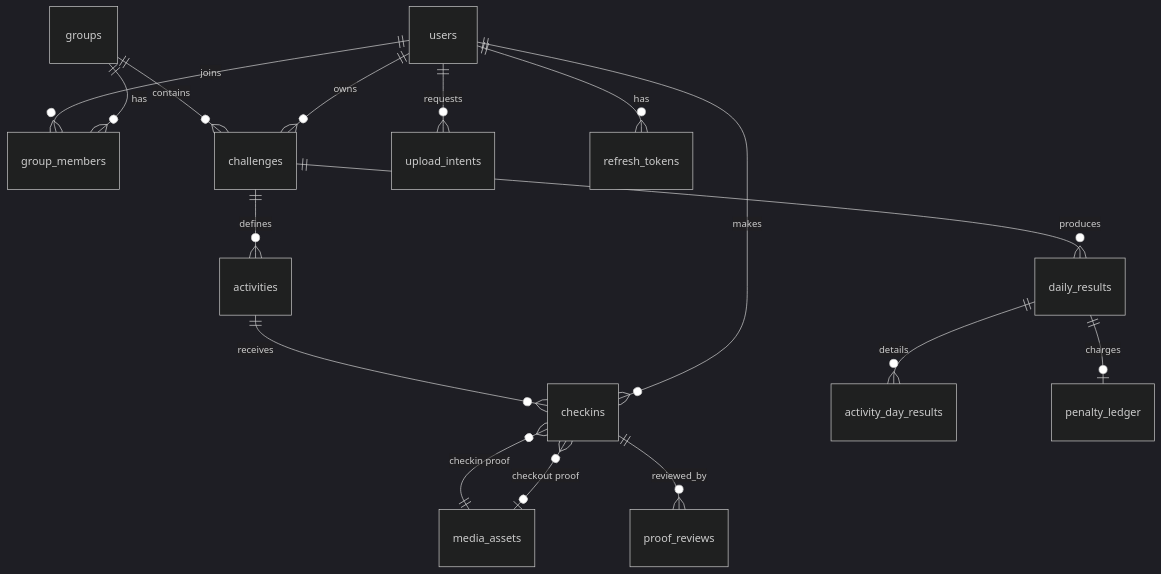
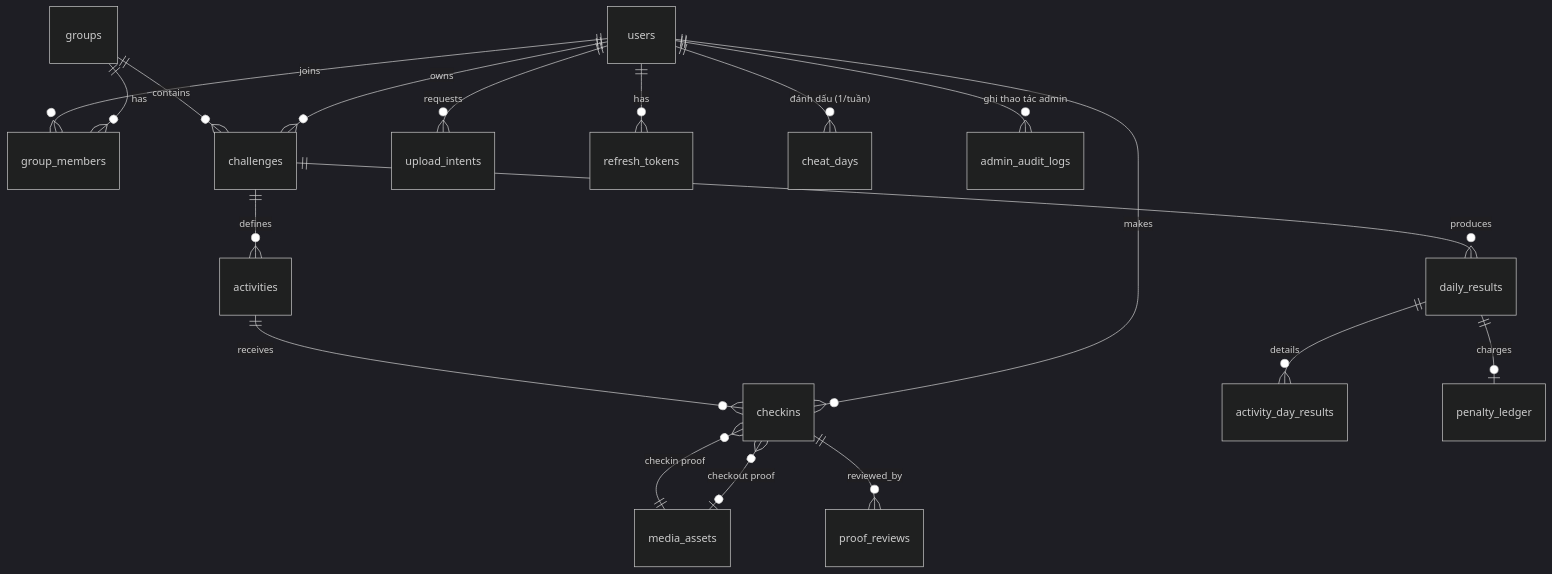
Before and after one commit to thinhchuht/HabitCheck: the fourth of 4 diagrams in docs/habit-checkin-design.md, drawn with Mermaid (dark theme). The commit also changed other lines of this file and 2 other files, not shown here.

Commit message:
Docs: cập nhật README + thiết kế khớp project hiện tại (admin, cheat day, nhiều nhóm, ±5 phút, bỏ override_penalty, DB dev 5434)

````diff
--- a/docs/habit-checkin-design.md
+++ b/docs/habit-checkin-design.md
@@ -240,18 +242,20 @@
 ```mermaid
 erDiagram
     users ||--o{ group_members : joins
     groups ||--o{ group_members : has
     groups ||--o{ challenges : contains
     users ||--o{ challenges : owns
     challenges ||--o{ activities : defines
     activities ||--o{ checkins : receives
     users ||--o{ checkins : makes
     checkins }o--|| media_assets : "checkin proof"
     checkins }o--o| media_assets : "checkout proof"
     checkins ||--o{ proof_reviews : reviewed_by
     challenges ||--o{ daily_results : produces
     daily_results ||--o{ activity_day_results : details
     daily_results ||--o| penalty_ledger : charges
     users ||--o{ upload_intents : requests
     users ||--o{ refresh_tokens : has
+    users ||--o{ cheat_days : "đánh dấu (1/tuần)"
+    users ||--o{ admin_audit_logs : "ghi thao tác admin"
 ```
````
